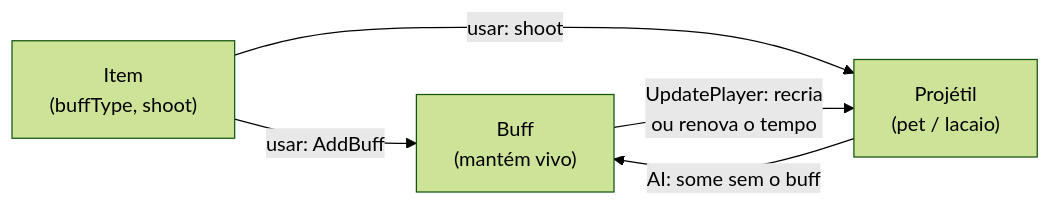
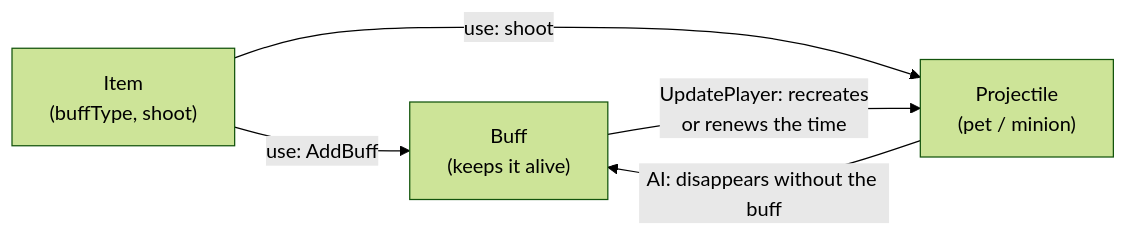
One commit to JonataOliveiraa/Bunny-Loader changed the diagram in docs/mods/06-projeteis.md. Above: the diagram before and after it, drawn with Mermaid (forest theme). The commit also changed other lines of this file and 89 other files, not shown here.

````diff
--- a/docs/mods/06-projeteis.md
+++ b/docs/mods/06-projeteis.md
@@ -156,7 +160,7 @@
 ```mermaid
 flowchart LR
-    I["Item<br/>(buffType, shoot)"] -- "usar: AddBuff" --> B["Buff<br/>(mantém vivo)"]
-    I -- "usar: shoot" --> P["Projétil<br/>(pet / lacaio)"]
-    B -- "UpdatePlayer: recria<br/>ou renova o tempo" --> P
-    P -- "AI: some sem o buff" --> B
+    I["Item<br/>(buffType, shoot)"] -- "use: AddBuff" --> B["Buff<br/>(keeps it alive)"]
+    I -- "use: shoot" --> P["Projectile<br/>(pet / minion)"]
+    B -- "UpdatePlayer: recreates<br/>or renews the time" --> P
+    P -- "AI: disappears without the buff" --> B
 ```
````
